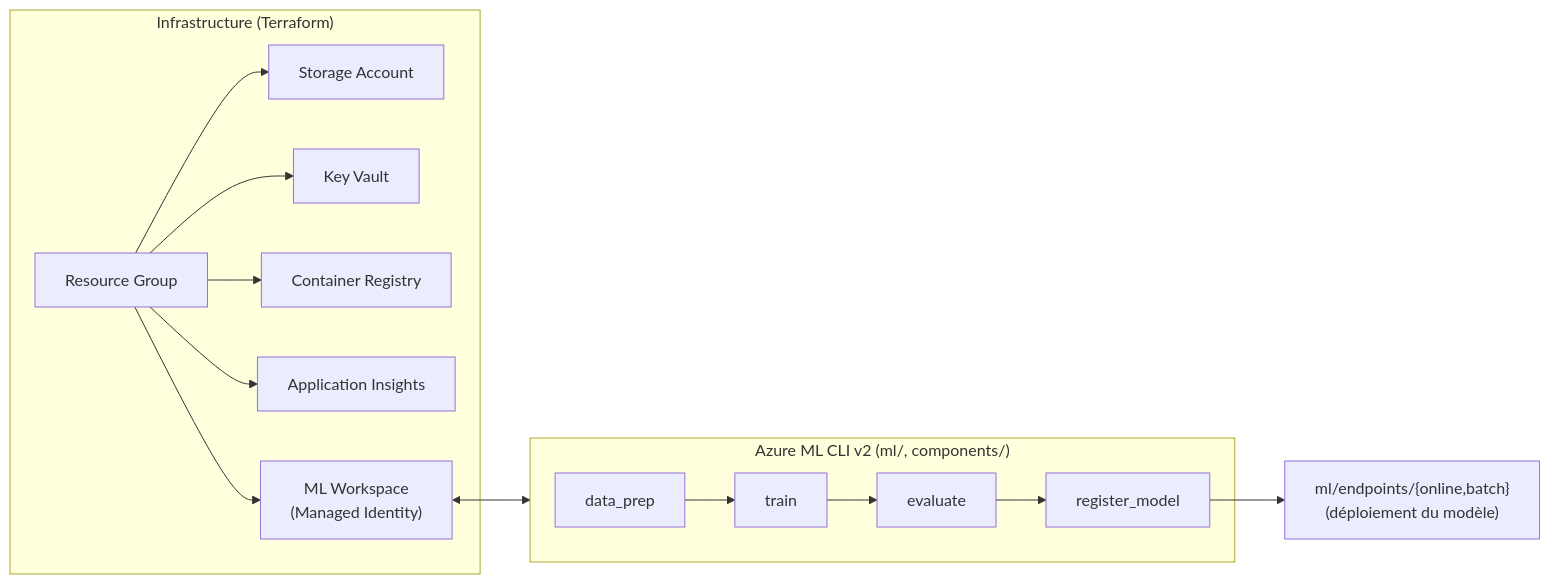
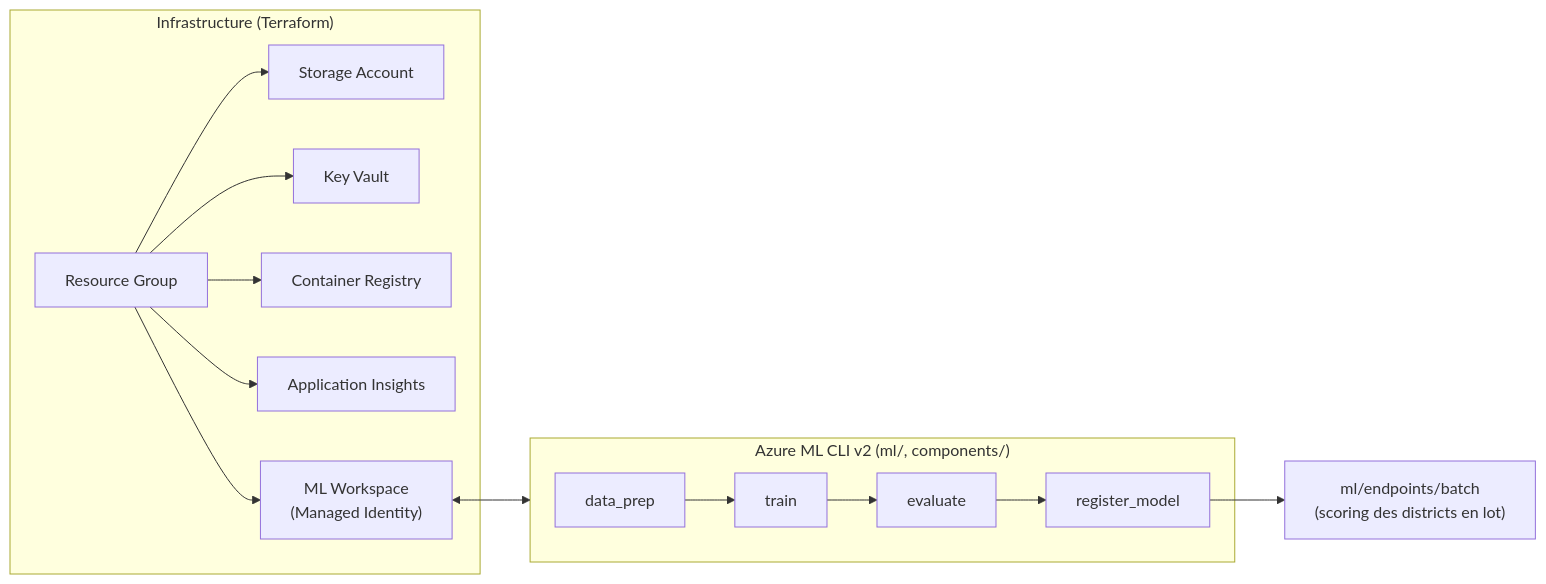
Before and after one commit to PresleyKoyaweda-SBI/House_Prices_Prediction: the diagram in README.md, drawn with Mermaid. The commit also changed 57 other files, not shown here.

````diff
--- a/README.md
+++ b/README.md
@@ -12,18 +12,18 @@
 ```mermaid
 flowchart LR
     subgraph Infra["Infrastructure (Terraform)"]
         RG[Resource Group]
         RG --> Storage[Storage Account]
         RG --> KV[Key Vault]
         RG --> ACR[Container Registry]
         RG --> AI[Application Insights]
         RG --> MLW["ML Workspace<br/>(Managed Identity)"]
     end
 
     subgraph Pipeline["Azure ML CLI v2 (ml/, components/)"]
         DP[data_prep] --> TR[train] --> EV[evaluate] --> RM[register_model]
     end
 
     MLW <--> Pipeline
-    RM --> EP["ml/endpoints/{online,batch}<br/>(déploiement du modèle)"]
+    RM --> EP["ml/endpoints/batch<br/>(scoring des districts en lot)"]
 ```
````
